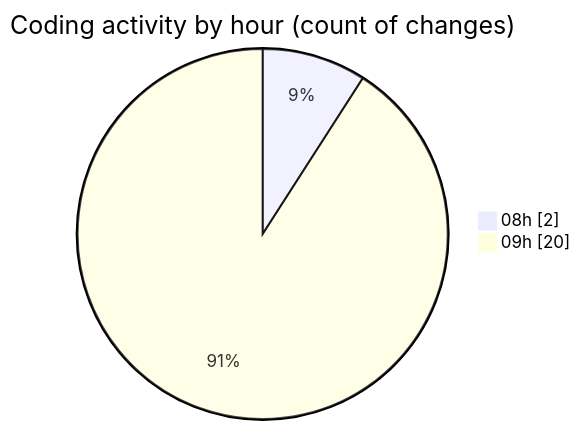
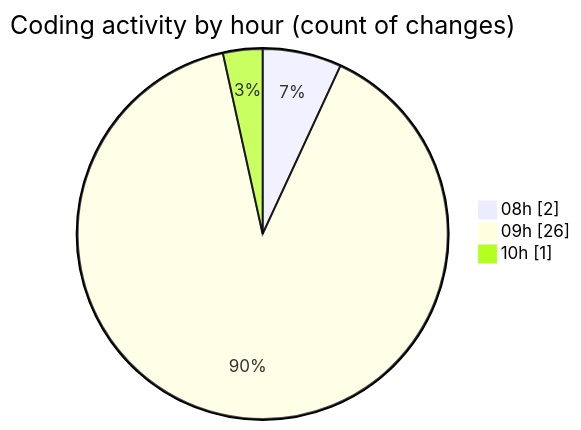
One commit to Elitesun/code-tracking changed the second of 2 diagrams in 2025-05-20/niten/README.md. Above: the diagram before and after it, drawn with Mermaid. The commit also changed other lines of this file and 1 other file, not shown here.

````diff
--- a/2025-05-20/niten/README.md
+++ b/2025-05-20/niten/README.md
@@ -37,6 +39,7 @@
 ```mermaid
 pie showData
 title Coding activity by hour (count of changes)
 "08h" : 2
-"09h" : 20
+"09h" : 26
+"10h" : 1
 ```
````
